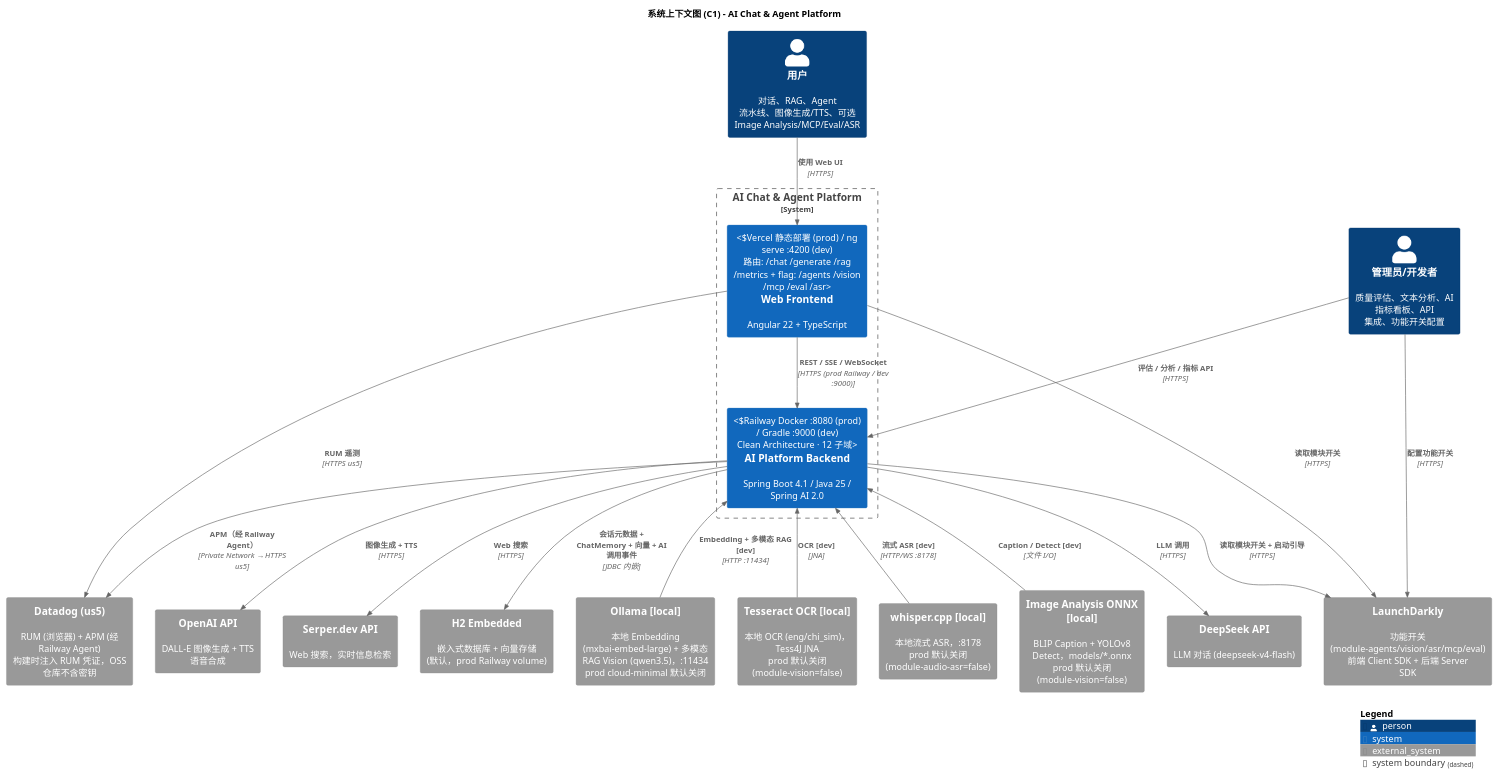
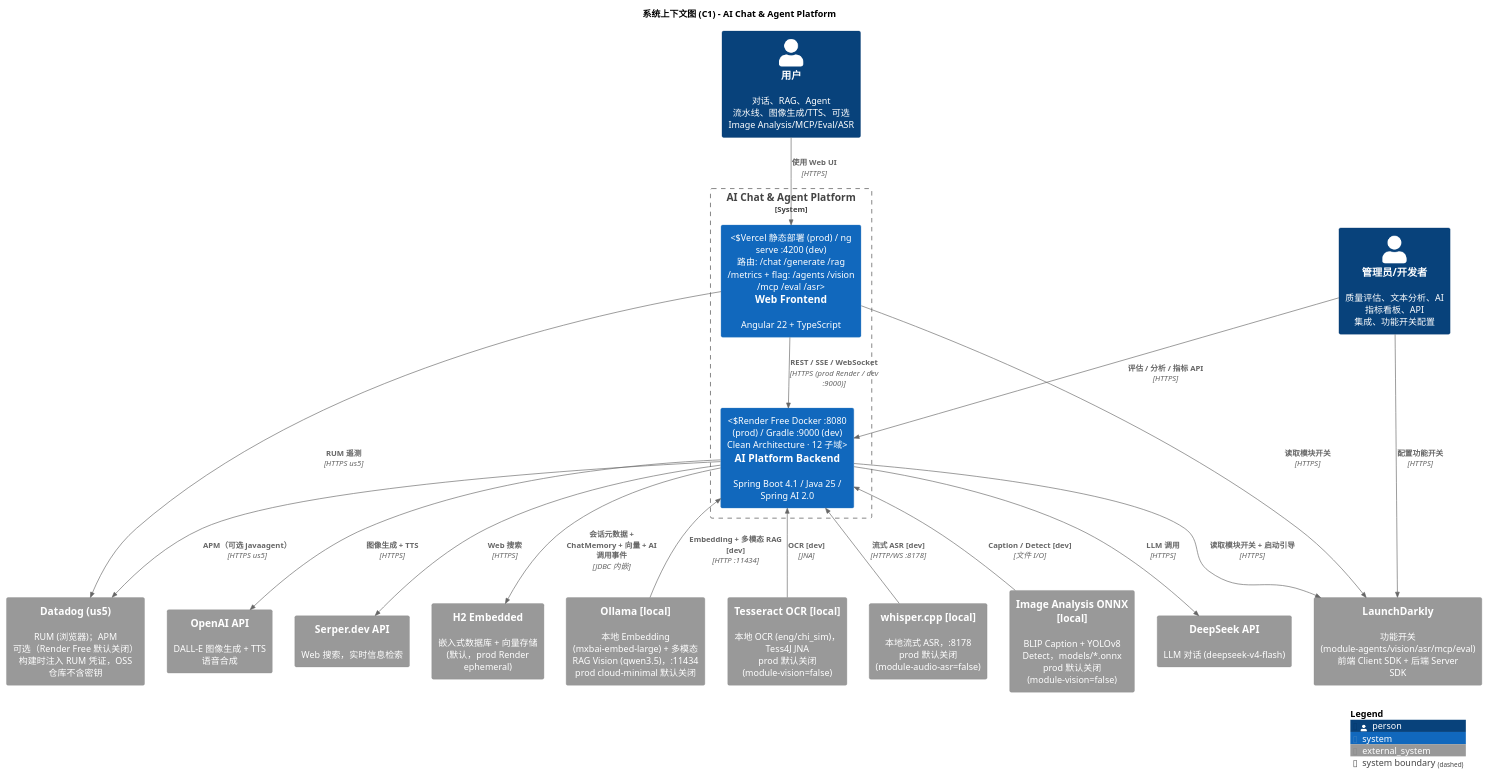
Before and after one commit to felixzhu97/explore-ai: the diagram in docs/developer/c4-model/C1-Context.puml, drawn with PlantUML. The commit also changed 10 other files, not shown here.

```diff
--- a/docs/developer/c4-model/C1-Context.puml
+++ b/docs/developer/c4-model/C1-Context.puml
@@ -1,68 +1,68 @@
 @startuml C1-Context
 !include https://raw.githubusercontent.com/plantuml-stdlib/C4-PlantUML/master/C4_Context.puml
 
 LAYOUT_WITH_LEGEND()
 
 title 系统上下文图 (C1) - AI Chat & Agent Platform
 
 ' ============================================================
 ' PEOPLE
 ' ============================================================
 Person(user, "用户", "对话、RAG、Agent 流水线、图像生成/TTS、可选 Image Analysis/MCP/Eval/ASR")
 Person(admin, "管理员/开发者", "质量评估、文本分析、AI 指标看板、API 集成、功能开关配置")
 
 ' ============================================================
 ' AI Chat & Agent Platform
 ' ============================================================
 System_Boundary(ai_platform, "AI Chat & Agent Platform") {
     System(frontend, "Web Frontend", "Angular 22 + TypeScript", "Vercel 静态部署 (prod) / ng serve :4200 (dev)\n路由: /chat /generate /rag /metrics + flag: /agents /vision /mcp /eval /asr")
-    System(backend, "AI Platform Backend", "Spring Boot 4.1 / Java 25 / Spring AI 2.0", "Railway Docker :8080 (prod) / Gradle :9000 (dev)\nClean Architecture · 12 子域")
+    System(backend, "AI Platform Backend", "Spring Boot 4.1 / Java 25 / Spring AI 2.0", "Render Free Docker :8080 (prod) / Gradle :9000 (dev)\nClean Architecture · 12 子域")
 }
 
 ' ============================================================
 ' PLATFORM SERVICES
 ' ============================================================
 System_Ext(launchdarkly, "LaunchDarkly", "功能开关 (module-agents/vision/asr/mcp/eval)\n前端 Client SDK + 后端 Server SDK")
-System_Ext(datadog, "Datadog (us5)", "RUM (浏览器) + APM (经 Railway Agent)\n构建时注入 RUM 凭证，OSS 仓库不含密钥")
+System_Ext(datadog, "Datadog (us5)", "RUM (浏览器)；APM 可选（Render Free 默认关闭）\n构建时注入 RUM 凭证，OSS 仓库不含密钥")
 
 ' ============================================================
 ' CLOUD AI SERVICES (prod + dev)
 ' ============================================================
 System_Ext(deepseek_api, "DeepSeek API", "LLM 对话 (deepseek-v4-flash)")
 System_Ext(openai_api, "OpenAI API", "DALL-E 图像生成 + TTS 语音合成")
 System_Ext(serper_api, "Serper.dev API", "Web 搜索，实时信息检索")
 
 ' ============================================================
 ' DATA & LOCAL-ONLY SERVICES (dev / optional)
 ' ============================================================
-System_Ext(h2_db, "H2 Embedded", "嵌入式数据库 + 向量存储 (默认，prod Railway volume)")
+System_Ext(h2_db, "H2 Embedded", "嵌入式数据库 + 向量存储 (默认，prod Render ephemeral)")
 System_Ext(ollama, "Ollama [local]", "本地 Embedding (mxbai-embed-large) + 多模态 RAG Vision (qwen3.5)，:11434\nprod cloud-minimal 默认关闭")
 System_Ext(tesseract, "Tesseract OCR [local]", "本地 OCR (eng/chi_sim)，Tess4J JNA\nprod 默认关闭 (module-vision=false)")
 System_Ext(whisper_cpp, "whisper.cpp [local]", "本地流式 ASR，:8178\nprod 默认关闭 (module-audio-asr=false)")
 System_Ext(onnx_vision, "Image Analysis ONNX [local]", "BLIP Caption + YOLOv8 Detect，models/*.onnx\nprod 默认关闭 (module-vision=false)")
 
 ' ============================================================
 ' RELATIONSHIPS
 ' ============================================================
 Rel(user, frontend, "使用 Web UI", "HTTPS")
 Rel(admin, launchdarkly, "配置功能开关", "HTTPS")
 Rel(admin, backend, "评估 / 分析 / 指标 API", "HTTPS")
-Rel(frontend, backend, "REST / SSE / WebSocket", "HTTPS (prod Railway / dev :9000)")
+Rel(frontend, backend, "REST / SSE / WebSocket", "HTTPS (prod Render / dev :9000)")
 
 Rel(frontend, launchdarkly, "读取模块开关", "HTTPS")
 Rel(frontend, datadog, "RUM 遥测", "HTTPS us5")
 Rel(backend, launchdarkly, "读取模块开关 + 启动引导", "HTTPS")
-Rel(backend, datadog, "APM（经 Railway Agent）", "Private Network → HTTPS us5")
+Rel(backend, datadog, "APM（可选 javaagent）", "HTTPS us5")
 
 Rel(backend, deepseek_api, "LLM 调用", "HTTPS")
 Rel(backend, openai_api, "图像生成 + TTS", "HTTPS")
 Rel(backend, serper_api, "Web 搜索", "HTTPS")
 Rel(backend, h2_db, "会话元数据 + ChatMemory + 向量 + AI 调用事件", "JDBC 内嵌")
 
 Rel_Back(backend, ollama, "Embedding + 多模态 RAG [dev]", "HTTP :11434")
 Rel_Back(backend, tesseract, "OCR [dev]", "JNA")
 Rel_Back(backend, whisper_cpp, "流式 ASR [dev]", "HTTP/WS :8178")
 Rel_Back(backend, onnx_vision, "Caption / Detect [dev]", "文件 I/O")
 
 SHOW_LEGEND()
 @enduml
```
